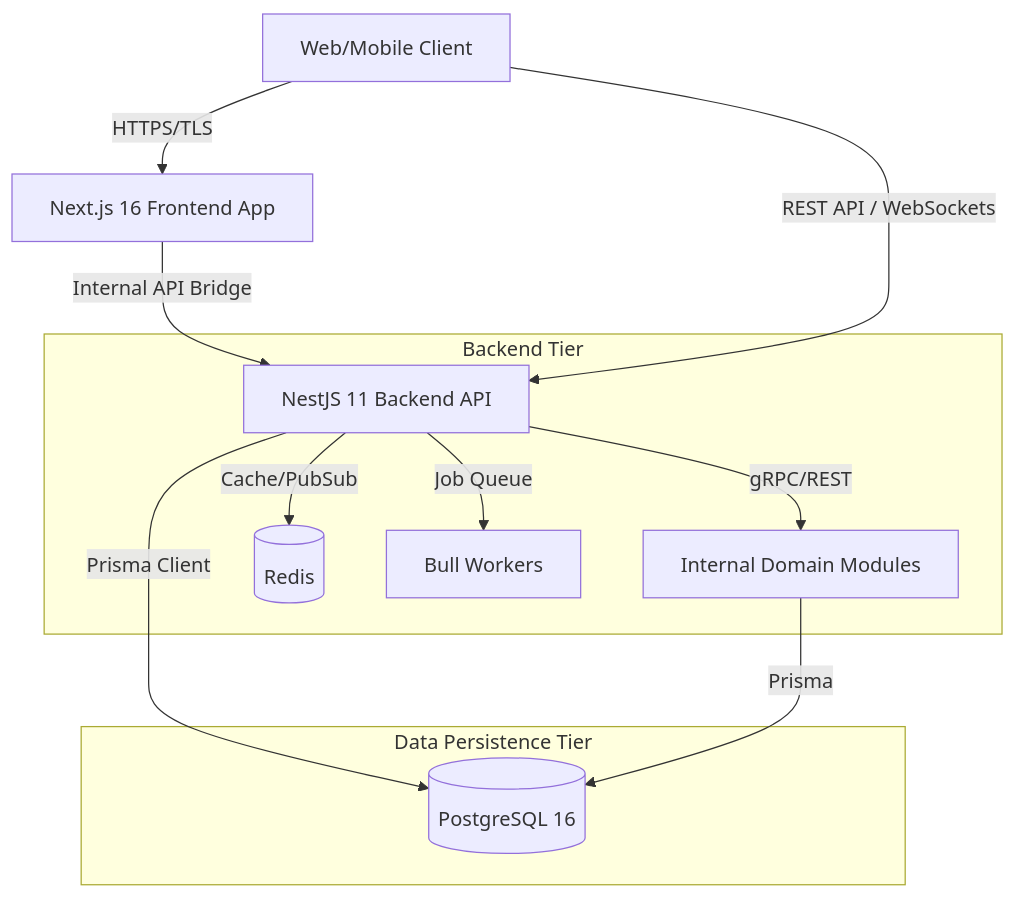
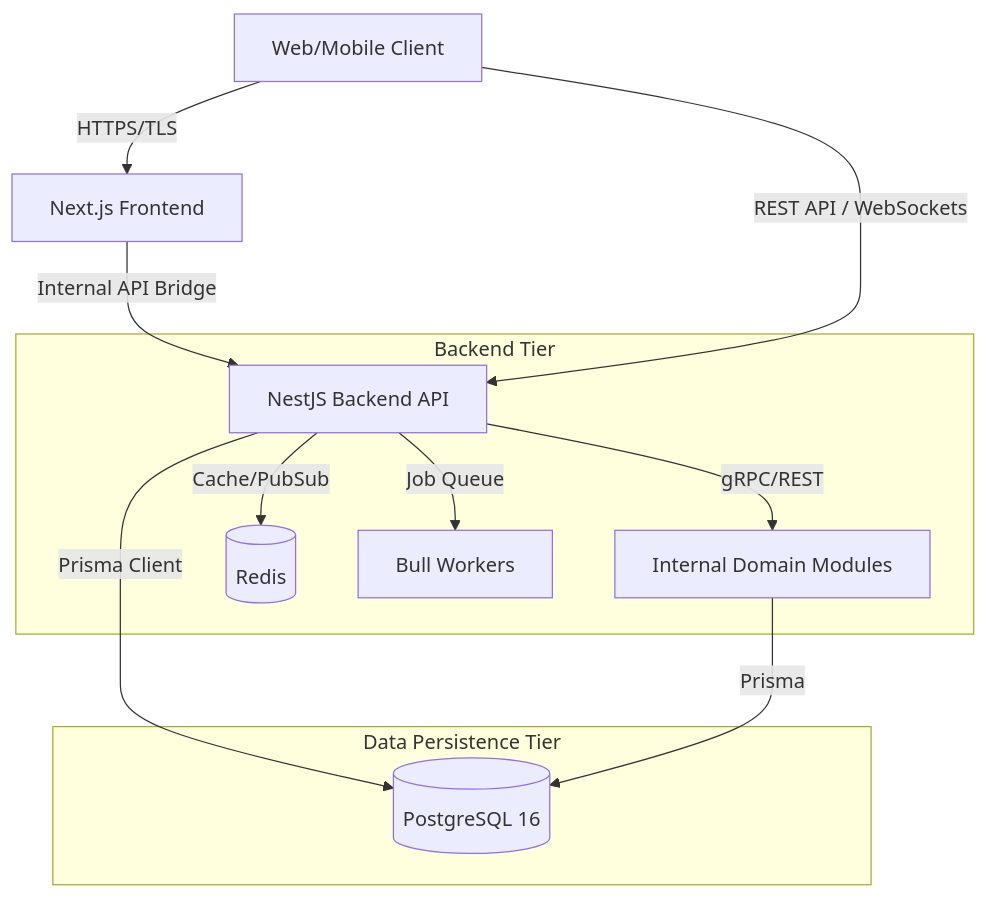
The second of 5 diagrams in apps/docs/content/architecture.md (PECAPP/PEC), drawn with Mermaid before and after one commit. The commit also changed other lines of this file and 459 other files, not shown here.

````diff
--- a/apps/docs/content/architecture.md
+++ b/apps/docs/content/architecture.md
@@ -24,17 +49,17 @@
 ```mermaid
 graph TD
-    Client["Web/Mobile Client"] -->|"HTTPS/TLS"| Frontend["Next.js 16 Frontend App"]
-    Frontend -->|"Internal API Bridge"| Backend["NestJS 11 Backend API"]
+    Client["Web/Mobile Client"] -->|"HTTPS/TLS"| Frontend["Next.js Frontend"]
+    Frontend -->|"Internal API Bridge"| Backend["NestJS Backend API"]
     Client -->|"REST API / WebSockets"| Backend
     
     subgraph "Backend Tier"
         Backend -->|"gRPC/REST"| Microservices["Internal Domain Modules"]
         Backend -->|"Cache/PubSub"| Redis[("Redis")]
         Backend -->|"Job Queue"| Bull["Bull Workers"]
     end
     
     subgraph "Data Persistence Tier"
         Backend -->|"Prisma Client"| DB[("PostgreSQL 16")]
         Microservices -->|"Prisma"| DB
     end
 ```
````
